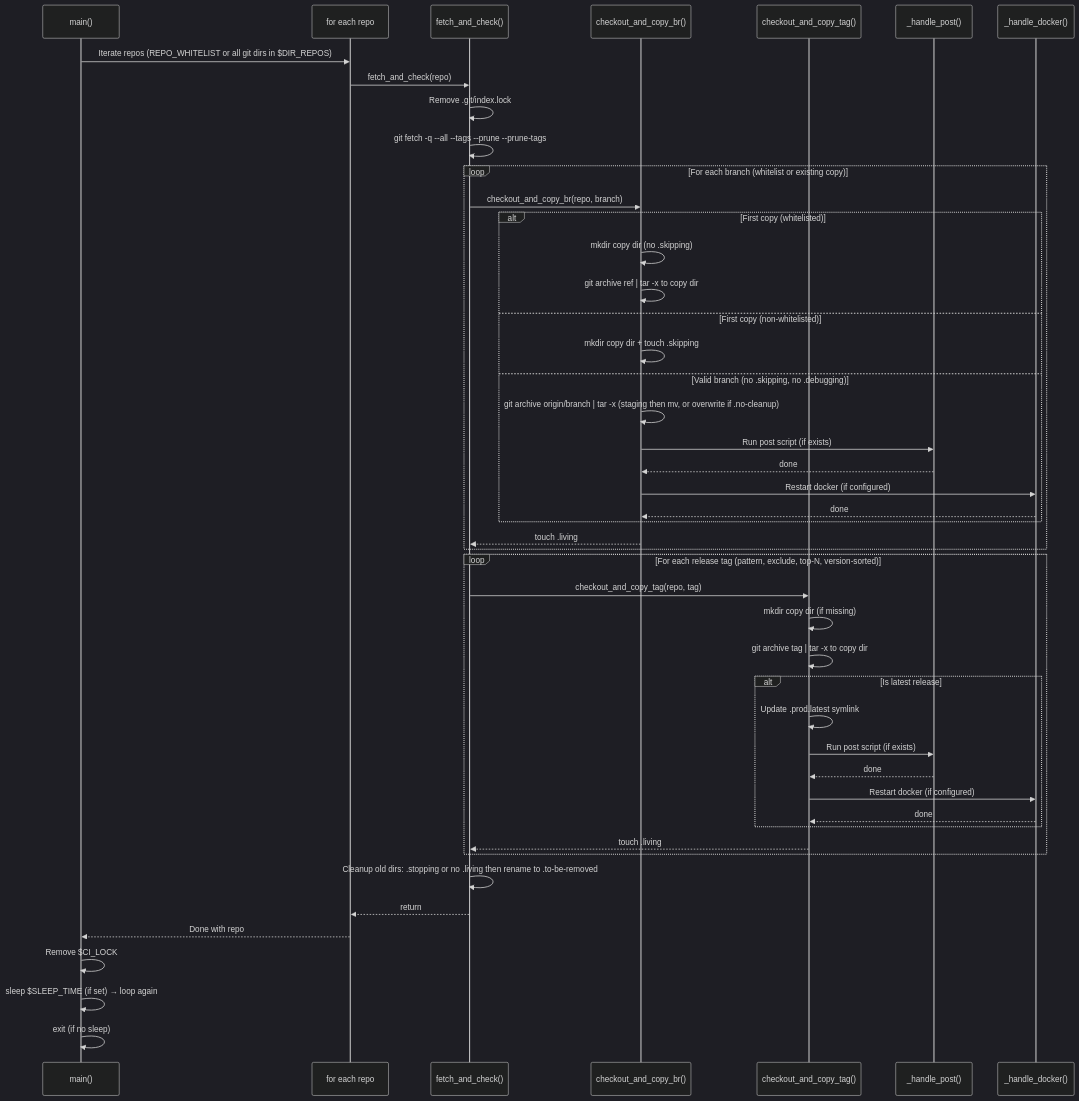
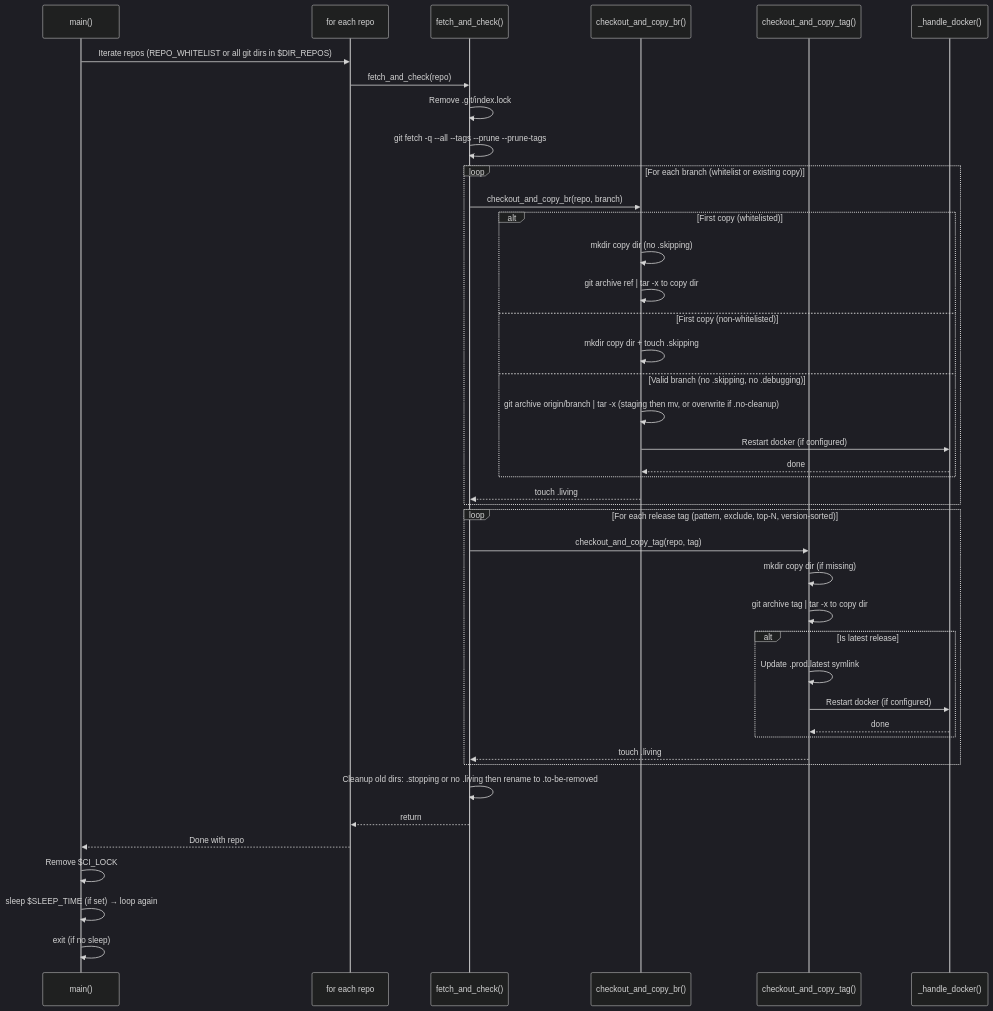
Before and after one commit to jfding/git-supervisor: the diagram in docs/imgs/seqdiagram.mmd, drawn with Mermaid (dark theme). The commit also changed 4 other files, not shown here.

```diff
--- a/docs/imgs/seqdiagram.mmd
+++ b/docs/imgs/seqdiagram.mmd
@@ -1,54 +1,49 @@
 sequenceDiagram
     participant Main as main()
     participant RepoLoop as for each repo
     participant Fetch as fetch_and_check()
     participant Branch as checkout_and_copy_br()
     participant Tag as checkout_and_copy_tag()
-    participant Post as _handle_post()
     participant Docker as _handle_docker()
 
     Main->>RepoLoop: Iterate repos (REPO_WHITELIST or all git dirs in $DIR_REPOS)
     RepoLoop->>Fetch: fetch_and_check(repo)
 
     Fetch->>Fetch: Remove .git/index.lock
     Fetch->>Fetch: git fetch -q --all --tags --prune --prune-tags
 
     loop For each branch (whitelist or existing copy)
         Fetch->>Branch: checkout_and_copy_br(repo, branch)
         alt First copy (whitelisted)
             Branch->>Branch: mkdir copy dir (no .skipping)
             Branch->>Branch: git archive ref | tar -x to copy dir
         else First copy (non-whitelisted)
             Branch->>Branch: mkdir copy dir + touch .skipping
         else Valid branch (no .skipping, no .debugging)
             Branch->>Branch: git archive origin/branch | tar -x (staging then mv, or overwrite if .no-cleanup)
-            Branch->>Post: Run post script (if exists)
-            Post-->>Branch: done
             Branch->>Docker: Restart docker (if configured)
             Docker-->>Branch: done
         end
         Branch-->>Fetch: touch .living
     end
 
     loop For each release tag (pattern, exclude, top-N, version-sorted)
         Fetch->>Tag: checkout_and_copy_tag(repo, tag)
         Tag->>Tag: mkdir copy dir (if missing)
         Tag->>Tag: git archive tag | tar -x to copy dir
         alt Is latest release
             Tag->>Tag: Update .prod.latest symlink
-            Tag->>Post: Run post script (if exists)
-            Post-->>Tag: done
             Tag->>Docker: Restart docker (if configured)
             Docker-->>Tag: done
         end
         Tag-->>Fetch: touch .living
     end
 
     Fetch->>Fetch: Cleanup old dirs: .stopping or no .living then rename to .to-be-removed
 
     Fetch-->>RepoLoop: return
     RepoLoop-->>Main: Done with repo
 
     Main->>Main: Remove $CI_LOCK
     Main->>Main: sleep $SLEEP_TIME (if set) → loop again
     Main->>Main: exit (if no sleep)
```
